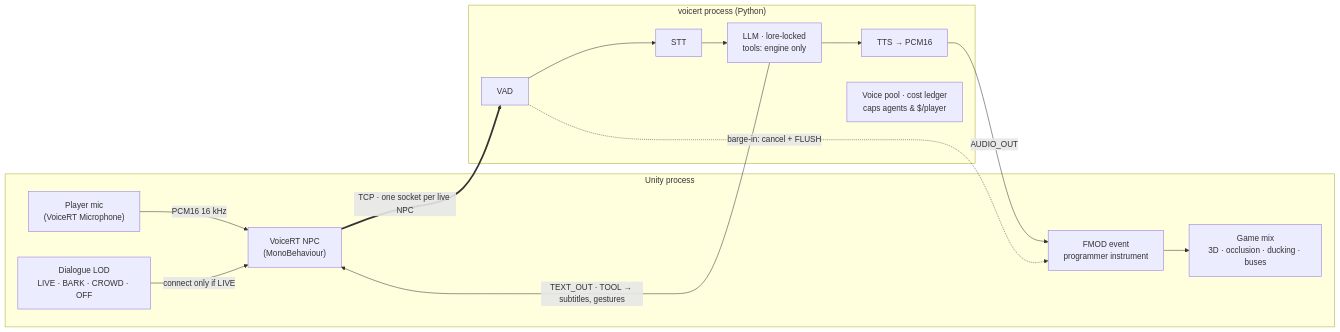
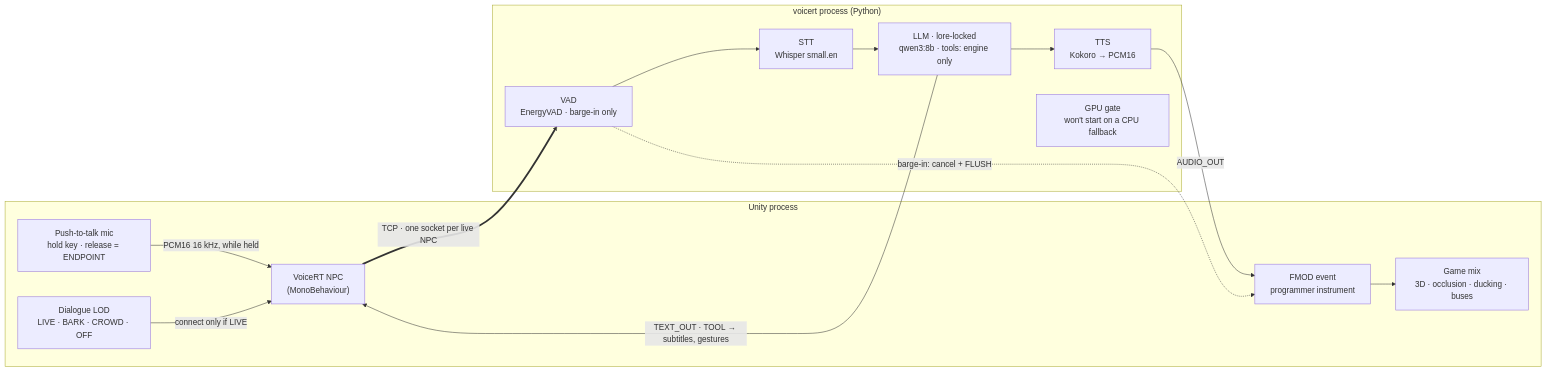
One commit to raphsoundmix-ctrl/voicert changed the diagram in README.md. Above: the diagram before and after it, drawn with Mermaid. The commit also changed other lines of this file and 6 other files, not shown here.

````diff
--- a/README.md
+++ b/README.md
@@ -98,20 +98,20 @@
 ```mermaid
 flowchart LR
     subgraph U["Unity process"]
-        MIC["Player mic<br/>(VoiceRT Microphone)"]
+        MIC["Push-to-talk mic<br/>hold key · release = ENDPOINT"]
         LOD["Dialogue LOD<br/>LIVE · BARK · CROWD · OFF"]
         NPC["VoiceRT NPC<br/>(MonoBehaviour)"]
         FMOD["FMOD event<br/>programmer instrument"]
         MIX["Game mix<br/>3D · occlusion · ducking · buses"]
     end
     subgraph V["voicert process (Python)"]
-        VAD["VAD"] --> STT["STT"] --> LLM["LLM · lore-locked<br/>tools: engine only"] --> TTS["TTS → PCM16"]
-        POOL["Voice pool · cost ledger<br/>caps agents & $/player"]
+        VAD["VAD<br/>EnergyVAD · barge-in only"] --> STT["STT<br/>Whisper small.en"] --> LLM["LLM · lore-locked<br/>qwen3:8b · tools: engine only"] --> TTS["TTS<br/>Kokoro → PCM16"]
+        GATE["GPU gate<br/>won't start on a CPU fallback"]
     end
-    MIC -- "PCM16 16 kHz" --> NPC
+    MIC -- "PCM16 16 kHz, while held" --> NPC
     LOD -- "connect only if LIVE" --> NPC
     NPC == "TCP · one socket per live NPC" ==> VAD
     TTS -- "AUDIO_OUT" --> FMOD --> MIX
     VAD -. "barge-in: cancel + FLUSH" .-> FMOD
     LLM -- "TEXT_OUT · TOOL → subtitles, gestures" --> NPC
 ```
````
